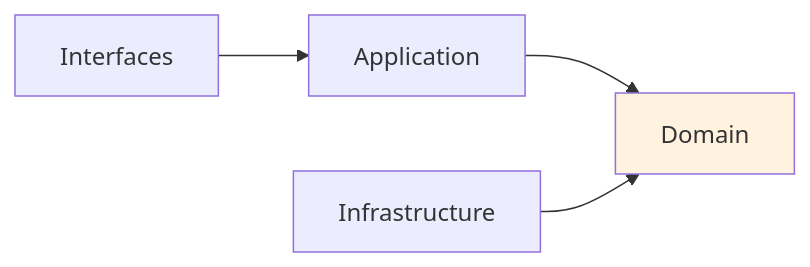
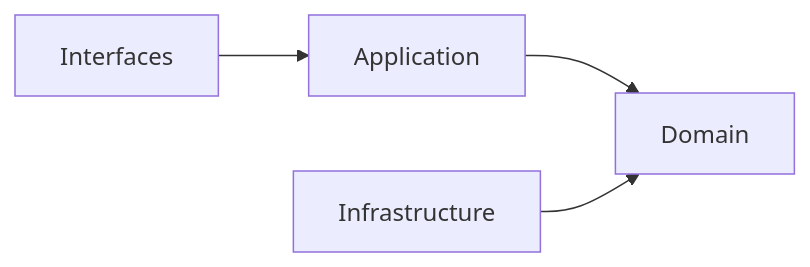
The second of 2 diagrams in content/en/ddd/examples/setup.md (advanced-beginner/advanced-beginner.github.io), drawn with Mermaid before and after one commit. The commit also changed 35 other files, not shown here.

First line of the commit message:
refactor: Mermaid 다이어그램 개선

````diff
--- a/content/en/ddd/examples/setup.md
+++ b/content/en/ddd/examples/setup.md
@@ -141,8 +141,6 @@
 ```mermaid
 flowchart LR
     I[Interfaces] --> A[Application]
     A --> D[Domain]
     INF[Infrastructure] --> D
-
-    style D fill:#fff3e0
 ```
````
